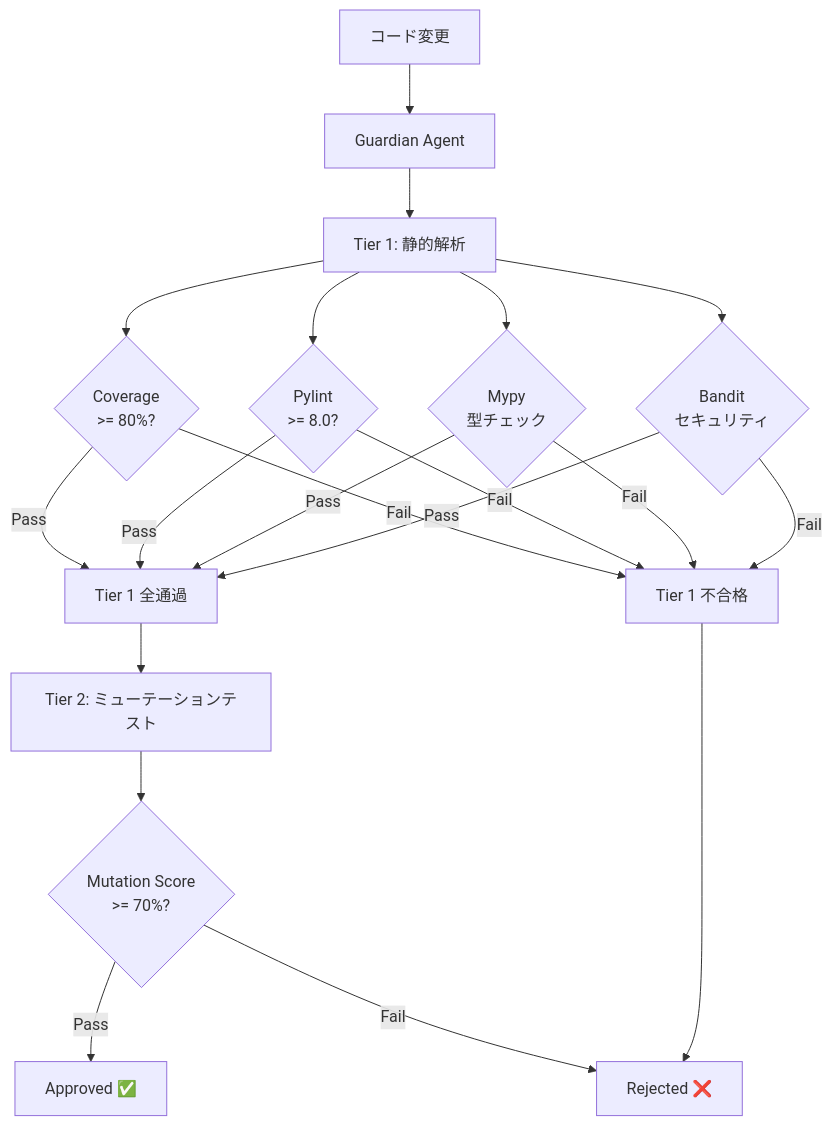
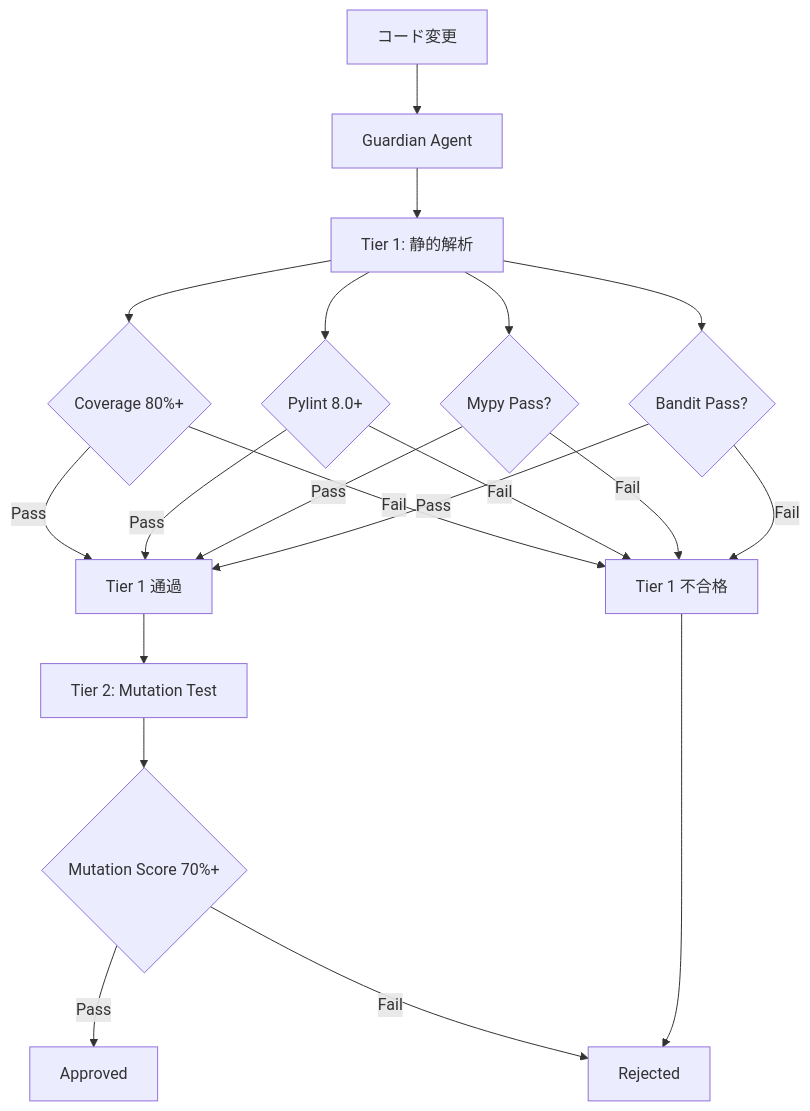
The fourth of 5 diagrams in articles/nexuscore-multi-agent-architecture.md (fukukei23/zenn), drawn with Mermaid before and after one commit. The commit also changed other lines of this file, not shown here.

Commit message:
fix: mermaid rendering - remove & chains over 10, quoted subgraph names, pipe labels, special chars

````diff
--- a/articles/nexuscore-multi-agent-architecture.md
+++ b/articles/nexuscore-multi-agent-architecture.md
@@ -280,28 +298,27 @@
 ```mermaid
 graph TD
     Code["コード変更"] --> Guardian["Guardian Agent"]
-
     Guardian --> T1["Tier 1: 静的解析"]
 
-    T1 --> Cov{"Coverage<br/>>= 80%?"}
-    T1 --> Pylint{"Pylint<br/>>= 8.0?"}
-    T1 --> Mypy{"Mypy<br/>型チェック"}
-    T1 --> Bandit{"Bandit<br/>セキュリティ"}
+    T1 --> Cov{"Coverage 80%+"}
+    T1 --> Pylint{"Pylint 8.0+"}
+    T1 --> Mypy{"Mypy Pass?"}
+    T1 --> Bandit{"Bandit Pass?"}
 
-    Cov -->|Pass| T1OK["Tier 1 全通過"]
+    Cov -->|Pass| T1OK["Tier 1 通過"]
     Pylint -->|Pass| T1OK
     Mypy -->|Pass| T1OK
     Bandit -->|Pass| T1OK
 
     Cov -->|Fail| T1NG["Tier 1 不合格"]
     Pylint -->|Fail| T1NG
     Mypy -->|Fail| T1NG
     Bandit -->|Fail| T1NG
 
-    T1OK --> T2["Tier 2: ミューテーションテスト"]
-    T2 --> MutScore{"Mutation Score<br/>>= 70%?"}
+    T1OK --> T2["Tier 2: Mutation Test"]
+    T2 --> MutScore{"Mutation Score 70%+"}
 
-    MutScore -->|Pass| Approved["Approved ✅"]
-    MutScore -->|Fail| Rejected["Rejected ❌"]
+    MutScore -->|Pass| Approved["Approved"]
+    MutScore -->|Fail| Rejected["Rejected"]
     T1NG --> Rejected
 ```
````
